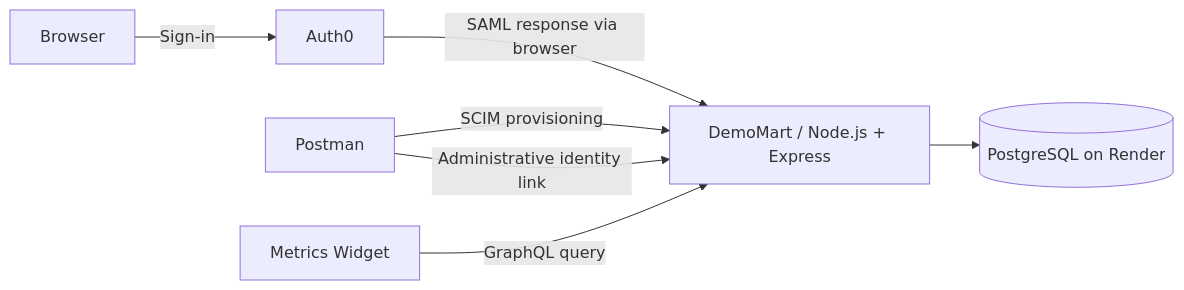
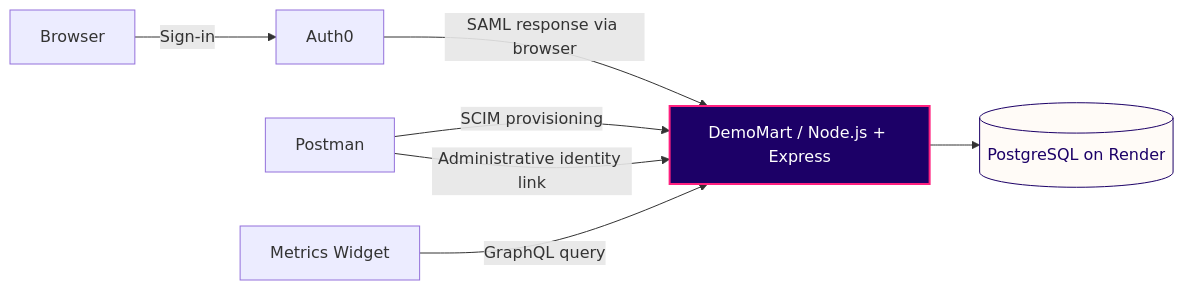
One commit to heitorrgarcia07/storeops-identity-lab changed the diagram in README.md. Above: the diagram before and after it, drawn with Mermaid. The commit also changed other lines of this file and 4 other files, not shown here.

````diff
--- a/README.md
+++ b/README.md
@@ -29,9 +35,12 @@
 ```mermaid
 flowchart LR
     B[Browser] -->|Sign-in| A[Auth0]
     A -->|SAML response via browser| S[DemoMart / Node.js + Express]
     P[Postman] -->|SCIM provisioning| S
     P -->|Administrative identity link| S
     W[Metrics Widget] -->|GraphQL query| S
     S --> D[(PostgreSQL on Render)]
+
+    style S fill:#1c0067,color:#ffffff,stroke:#ff207f,stroke-width:2px
+    style D fill:#fffbf7,color:#1c0067,stroke:#1c0067
 ```
````
